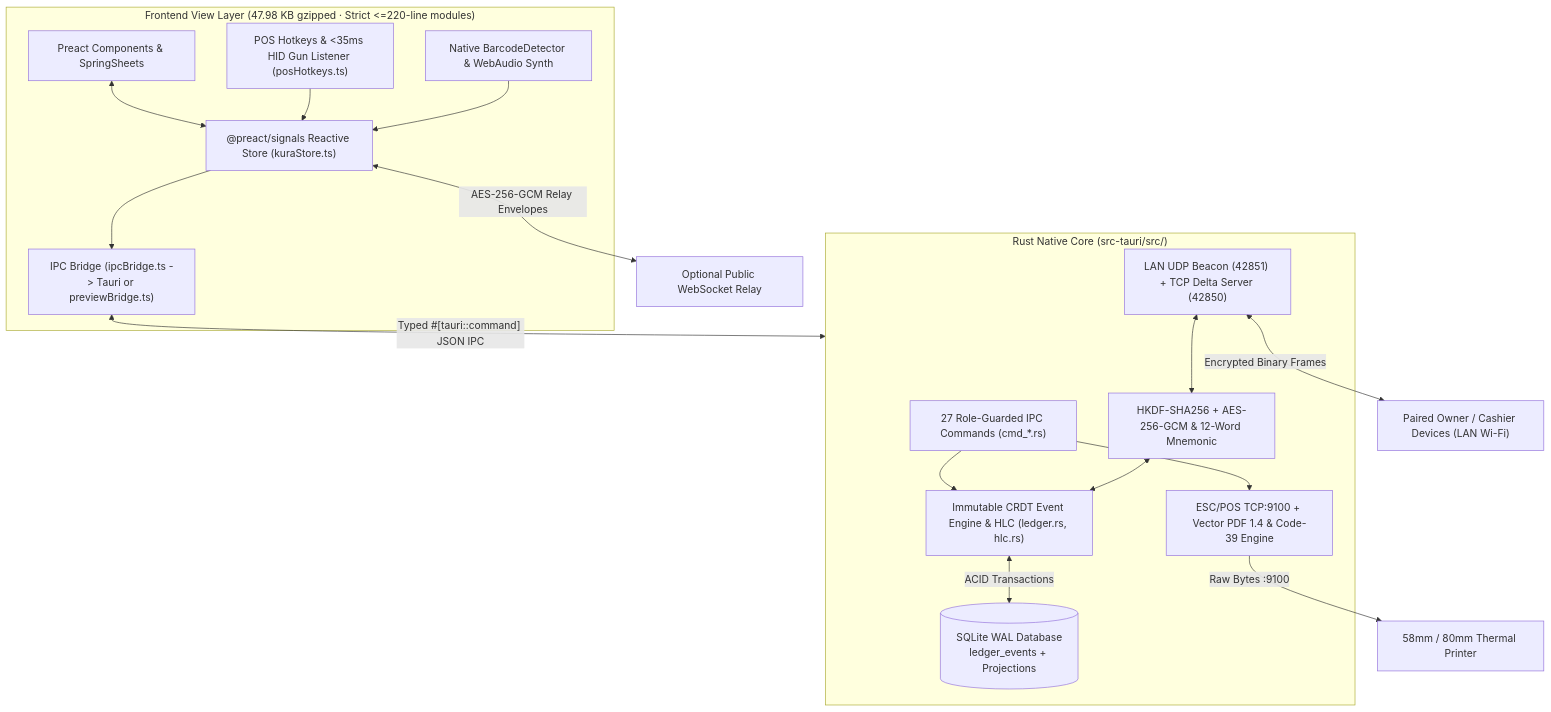
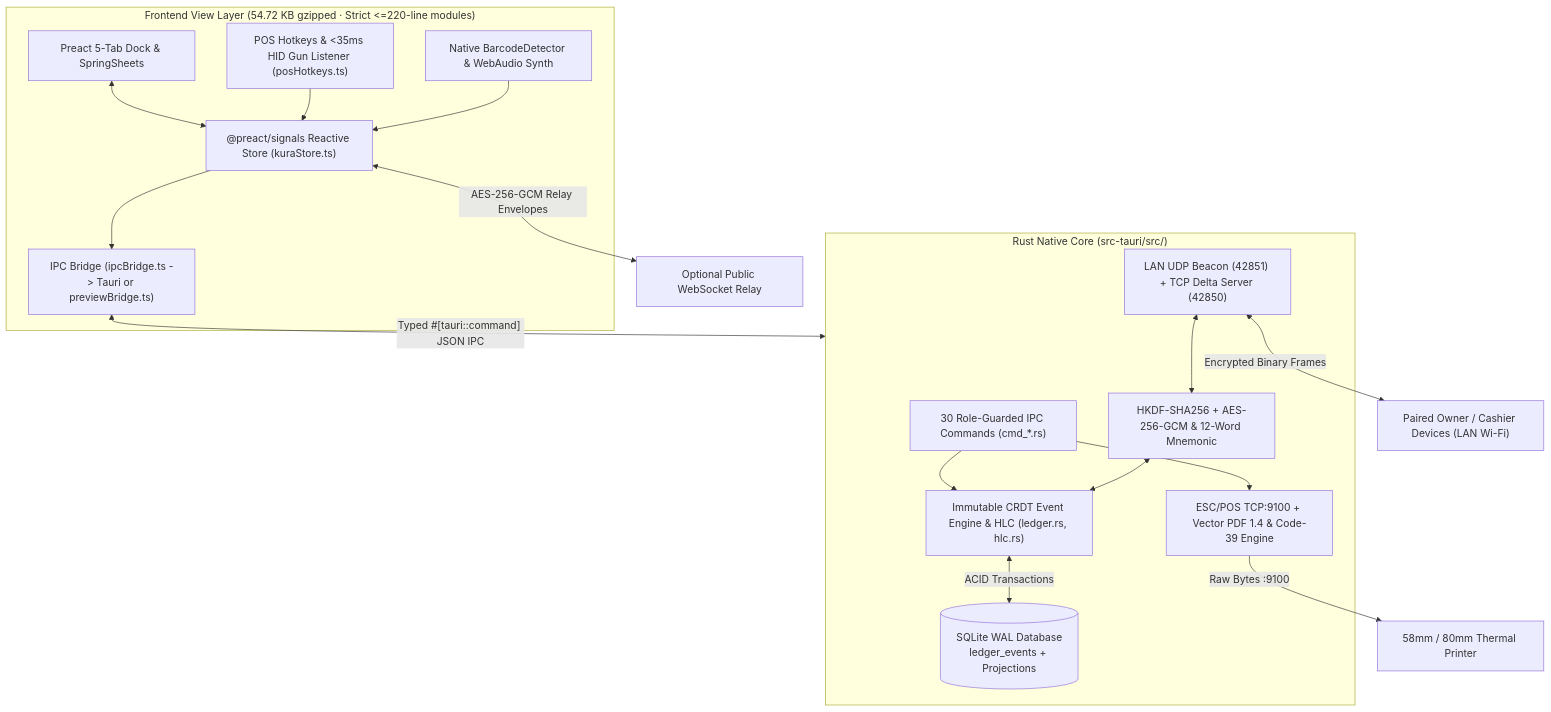
The first of 2 diagrams in README.md (thisissufian/kura-shop-sync), drawn with Mermaid before and after one commit. The commit also changed other lines of this file and 38 other files, not shown here.

````diff
--- a/README.md
+++ b/README.md
@@ -77,34 +114,34 @@
 ```mermaid
 flowchart TB
-    subgraph FE["Frontend View Layer (47.98 KB gzipped · Strict <=220-line modules)"]
-        UI["Preact Components & SpringSheets"]
+    subgraph FE["Frontend View Layer (54.72 KB gzipped · Strict <=220-line modules)"]
+        UI["Preact 5-Tab Dock & SpringSheets"]
         SIG["@preact/signals Reactive Store (kuraStore.ts)"]
         HOT["POS Hotkeys & <35ms HID Gun Listener (posHotkeys.ts)"]
         CAM["Native BarcodeDetector & WebAudio Synth"]
         BRG["IPC Bridge (ipcBridge.ts -> Tauri or previewBridge.ts)"]
         UI <--> SIG
         HOT --> SIG
         CAM --> SIG
         SIG --> BRG
     end
 
     BRG <-->|"Typed #[tauri::command] JSON IPC"| CORE
 
     subgraph CORE["Rust Native Core (src-tauri/src/)"]
-        CMD["27 Role-Guarded IPC Commands (cmd_*.rs)"]
+        CMD["30 Role-Guarded IPC Commands (cmd_*.rs)"]
         LED["Immutable CRDT Event Engine & HLC (ledger.rs, hlc.rs)"]
         SQL[("SQLite WAL Database\nledger_events + Projections")]
         CRP["HKDF-SHA256 + AES-256-GCM & 12-Word Mnemonic"]
         LAN["LAN UDP Beacon (42851) + TCP Delta Server (42850)"]
         PRT["ESC/POS TCP:9100 + Vector PDF 1.4 & Code-39 Engine"]
         CMD --> LED
         LED <-->|"ACID Transactions"| SQL
         CMD --> PRT
         LAN <--> CRP
         CRP <--> LED
     end
 
     LAN <-->|"Encrypted Binary Frames"| PEER["Paired Owner / Cashier Devices (LAN Wi-Fi)"]
     SIG <-->|"AES-256-GCM Relay Envelopes"| WS["Optional Public WebSocket Relay"]
     PRT -->|"Raw Bytes :9100"| PRN["58mm / 80mm Thermal Printer"]
 ```
````
